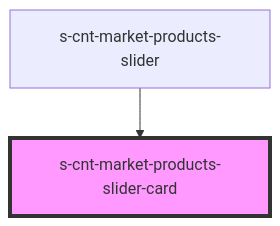
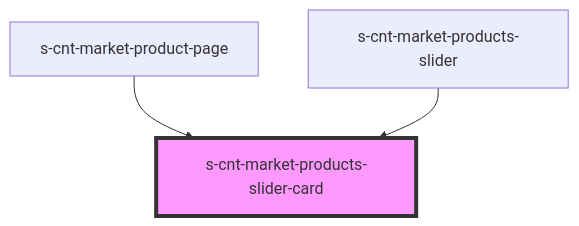
The diagram in src/components/group-a/res/view/s-cnt-market-shop/res/view/s-cnt-market-products-slider/res/view/s-cnt-market-products-slider-card/readme.md (saqhan/stencil-market), drawn with Mermaid before and after one commit. The commit also changed other lines of this file and 38 other files, not shown here.

````diff
--- a/src/components/group-a/res/view/s-cnt-market-shop/res/view/s-cnt-market-products-slider/res/view/s-cnt-market-products-slider-card/readme.md
+++ b/src/components/group-a/res/view/s-cnt-market-shop/res/view/s-cnt-market-products-slider/res/view/s-cnt-market-products-slider-card/readme.md
@@ -29,5 +30,6 @@
 ```mermaid
 graph TD;
+  s-cnt-market-product-page --> s-cnt-market-products-slider-card
   s-cnt-market-products-slider --> s-cnt-market-products-slider-card
   style s-cnt-market-products-slider-card fill:#f9f,stroke:#333,stroke-width:4px
 ```
````
